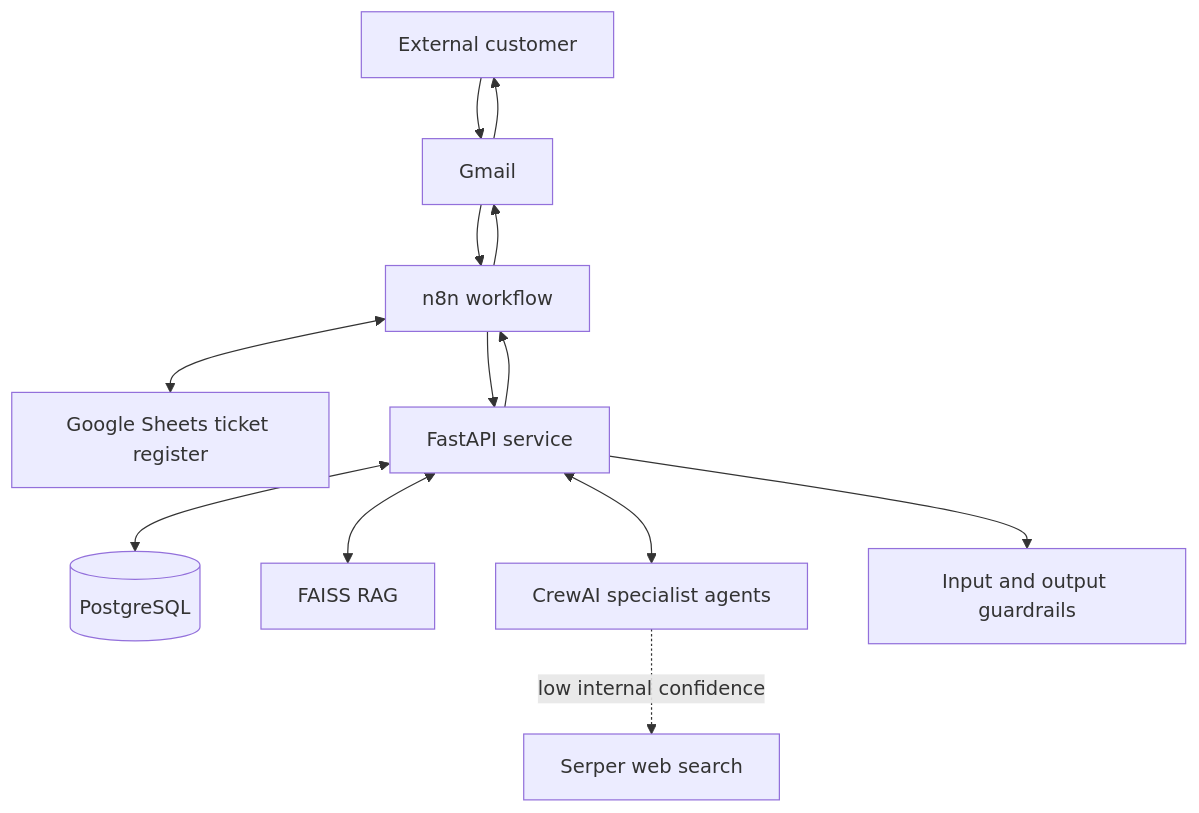
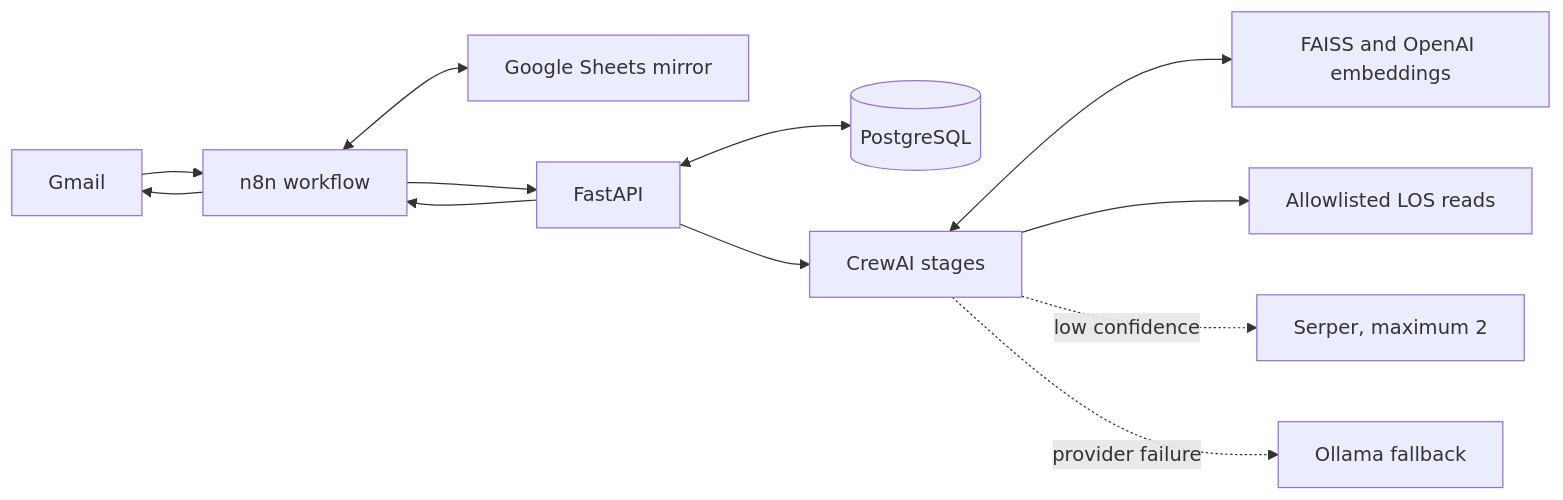
Before and after one commit to thiruvirkaman/fintech-customer-ticketing-system: the diagram in README.md, drawn with Mermaid. The commit also changed other lines of this file and 51 other files, not shown here.

````diff
--- a/README.md
+++ b/README.md
@@ -820,23 +11,13 @@
 ```mermaid
-flowchart TD
-    Customer[External customer]
-    Gmail[Gmail]
-    N8N[n8n workflow]
-    Sheet[Google Sheets ticket register]
-    API[FastAPI service]
-    DB[(PostgreSQL)]
-    RAG[FAISS RAG]
-    Agents[CrewAI specialist agents]
-    Search[Serper web search]
-    Guard[Input and output guardrails]
-
-    Customer --> Gmail --> N8N
-    N8N <--> Sheet
-    N8N --> API
-    API --> Guard
-    API <--> DB
-    API <--> RAG
-    API <--> Agents
-    Agents -. low internal confidence .-> Search
-    API --> N8N --> Gmail --> Customer
+flowchart LR
+    Gmail --> N8N[n8n workflow]
+    N8N <--> Sheet[Google Sheets mirror]
+    N8N --> API[FastAPI]
+    API <--> DB[(PostgreSQL)]
+    API --> Crew[CrewAI stages]
+    Crew <--> RAG[FAISS and OpenAI embeddings]
+    Crew --> LOS[Allowlisted LOS reads]
+    Crew -. low confidence .-> Web[Serper, maximum 2]
+    Crew -. provider failure .-> Ollama[Ollama fallback]
+    API --> N8N --> Gmail
 ```
````
